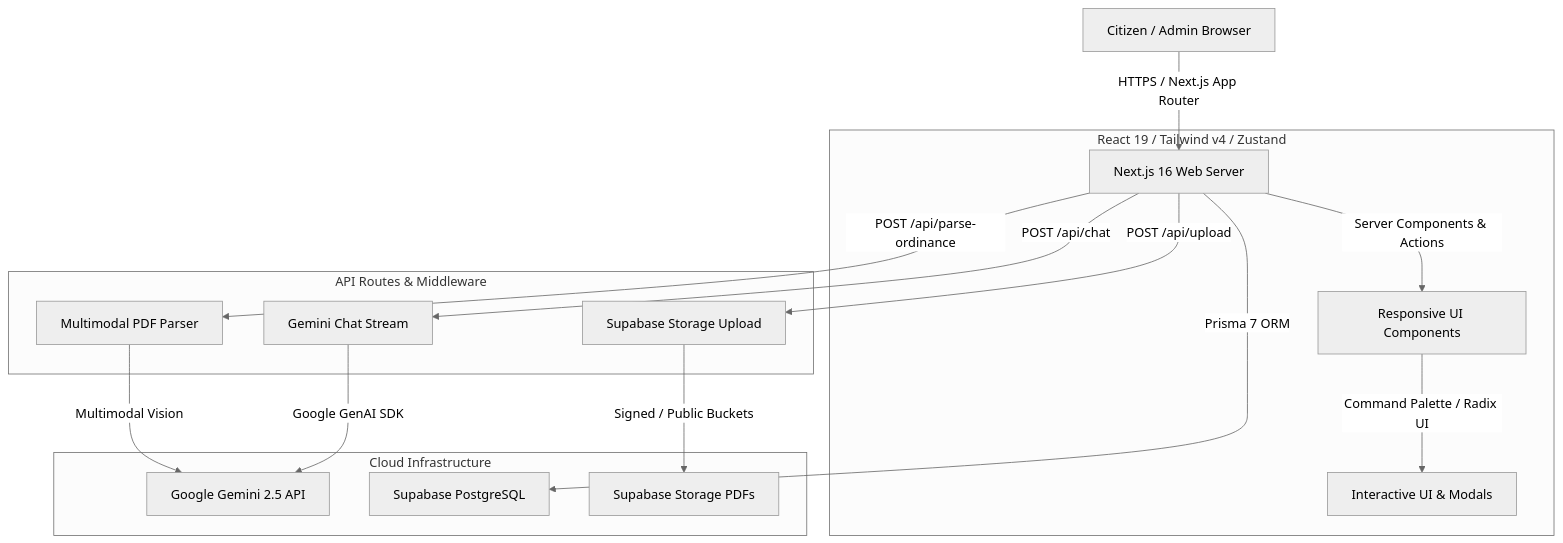
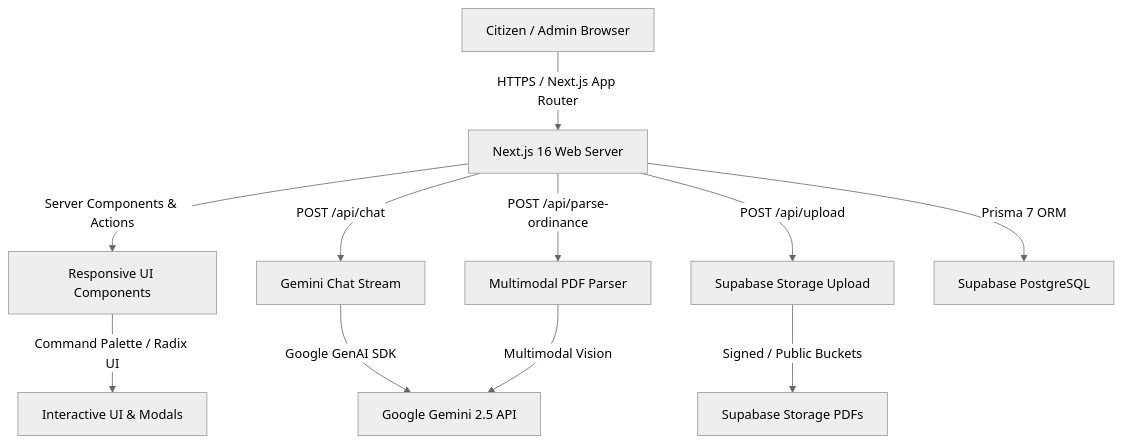
The diagram in README.md (jsoul-dev/cabanatuan-city-ordinance-portal), drawn with Mermaid (neutral theme) before and after one commit.

Commit message:
docs: remove subgraph boxes from Mermaid diagram for clean hierarchical rendering
- Remove gray subgraph containers (Frontend/Backend/Cloud) from Mermaid diagram.

- Create clean top-to-bottom flowchart without visual clutter or background overlap.

````diff
--- a/README.md
+++ b/README.md
@@ -54,22 +54,16 @@
 ```mermaid
 graph TD
     Client["Citizen / Admin Browser"] -->|"HTTPS / Next.js App Router"| Next["Next.js 16 Web Server"]
     
-    subgraph Frontend ["React 19 / Tailwind v4 / Zustand"]
-        Next -->|"Server Components & Actions"| UI["Responsive UI Components"]
-        UI -->|"Command Palette / Radix UI"| Modals["Interactive UI & Modals"]
-    end
+    Next -->|"Server Components & Actions"| UI["Responsive UI Components"]
+    UI -->|"Command Palette / Radix UI"| Modals["Interactive UI & Modals"]
     
-    subgraph Backend ["API Routes & Middleware"]
-        Next -->|"POST /api/chat"| ChatAPI["Gemini Chat Stream"]
-        Next -->|"POST /api/parse-ordinance"| ParseAPI["Multimodal PDF Parser"]
-        Next -->|"POST /api/upload"| UploadAPI["Supabase Storage Upload"]
-    end
+    Next -->|"POST /api/chat"| ChatAPI["Gemini Chat Stream"]
+    Next -->|"POST /api/parse-ordinance"| ParseAPI["Multimodal PDF Parser"]
+    Next -->|"POST /api/upload"| UploadAPI["Supabase Storage Upload"]
     
-    subgraph Cloud ["Cloud Infrastructure"]
-        ChatAPI -->|"Google GenAI SDK"| Gemini["Google Gemini 2.5 API"]
-        ParseAPI -->|"Multimodal Vision"| Gemini
-        Next -->|"Prisma 7 ORM"| Postgres["Supabase PostgreSQL"]
-        UploadAPI -->|"Signed / Public Buckets"| Storage["Supabase Storage PDFs"]
-    end
+    ChatAPI -->|"Google GenAI SDK"| Gemini["Google Gemini 2.5 API"]
+    ParseAPI -->|"Multimodal Vision"| Gemini
+    Next -->|"Prisma 7 ORM"| Postgres["Supabase PostgreSQL"]
+    UploadAPI -->|"Signed / Public Buckets"| Storage["Supabase Storage PDFs"]
 ```
````
